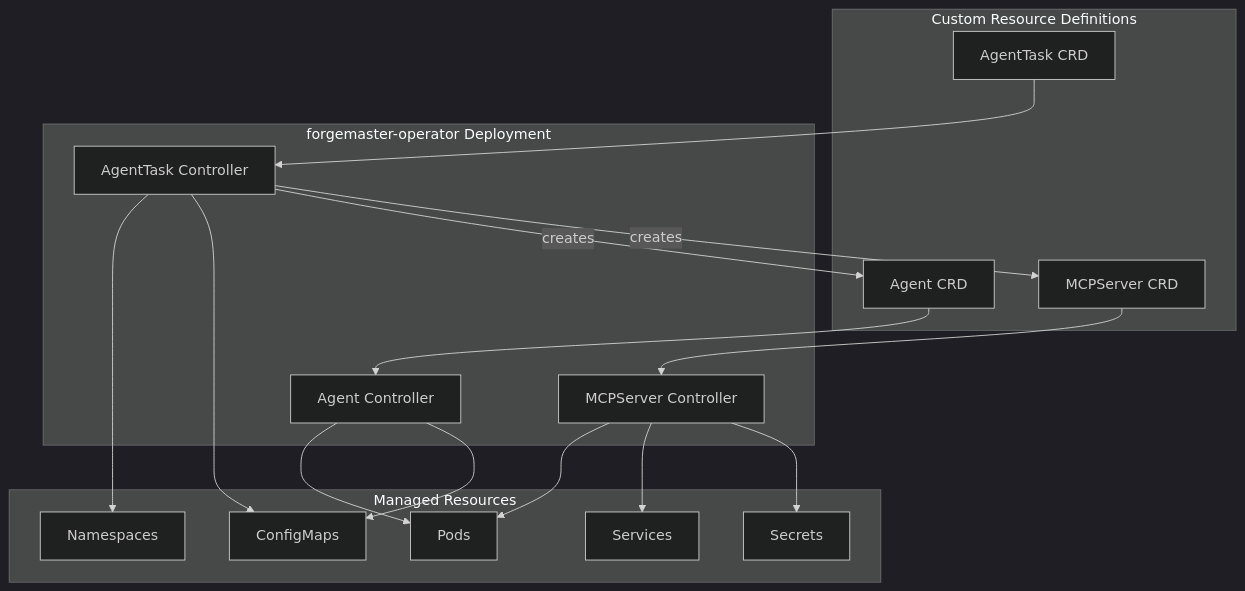
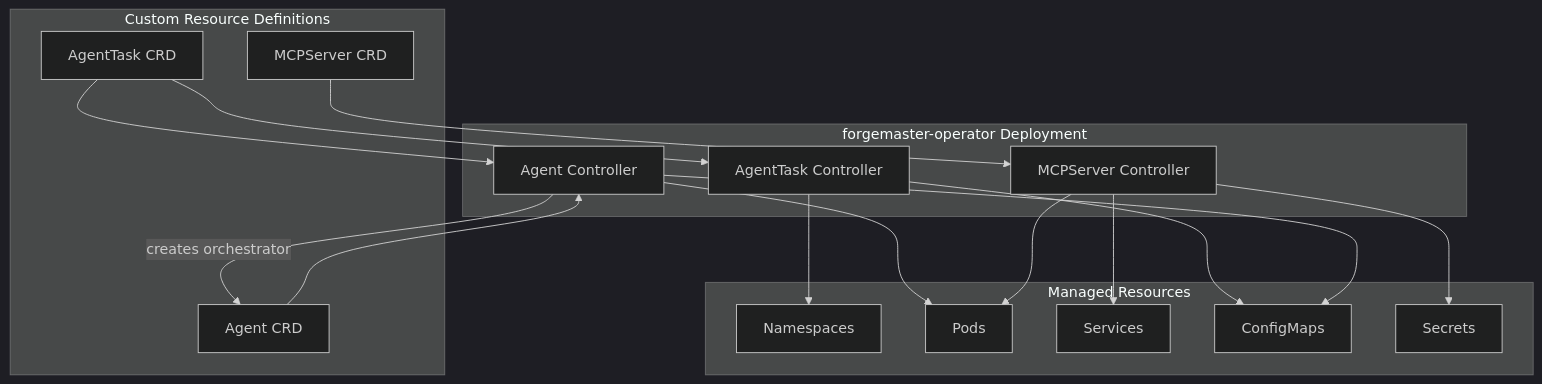
One commit to dshcherbatiuk/forgemaster changed the first of 4 diagrams in docs/arch/05-k8s-deployment.md. Above: the diagram before and after it, drawn with Mermaid (dark theme). The commit also changed other lines of this file and 2 other files, not shown here.

First line of the commit message:
docs: Clarify responsibility chain — Agent Controller creates Orchestrator

````diff
--- a/docs/arch/05-k8s-deployment.md
+++ b/docs/arch/05-k8s-deployment.md
@@ -5,31 +5,32 @@
 ```mermaid
 flowchart TB
     subgraph CRDs["Custom Resource Definitions"]
         AT[AgentTask CRD]
         AG[Agent CRD]
         MCP[MCPServer CRD]
     end
 
     subgraph Operator["forgemaster-operator Deployment"]
         ATC[AgentTask Controller]
         AGC[Agent Controller]
         MCPC[MCPServer Controller]
     end
 
     subgraph Resources["Managed Resources"]
         NS[Namespaces]
         Pods[Pods]
         SVC[Services]
         CM[ConfigMaps]
         SEC[Secrets]
     end
 
     AT --> ATC
+    AT --> AGC
     AG --> AGC
     MCP --> MCPC
 
     ATC --> NS & CM
-    ATC -->|creates| AG & MCP
+    AGC -->|creates orchestrator| AG
     AGC --> Pods & CM
     MCPC --> Pods & SVC & SEC
 ```
````
